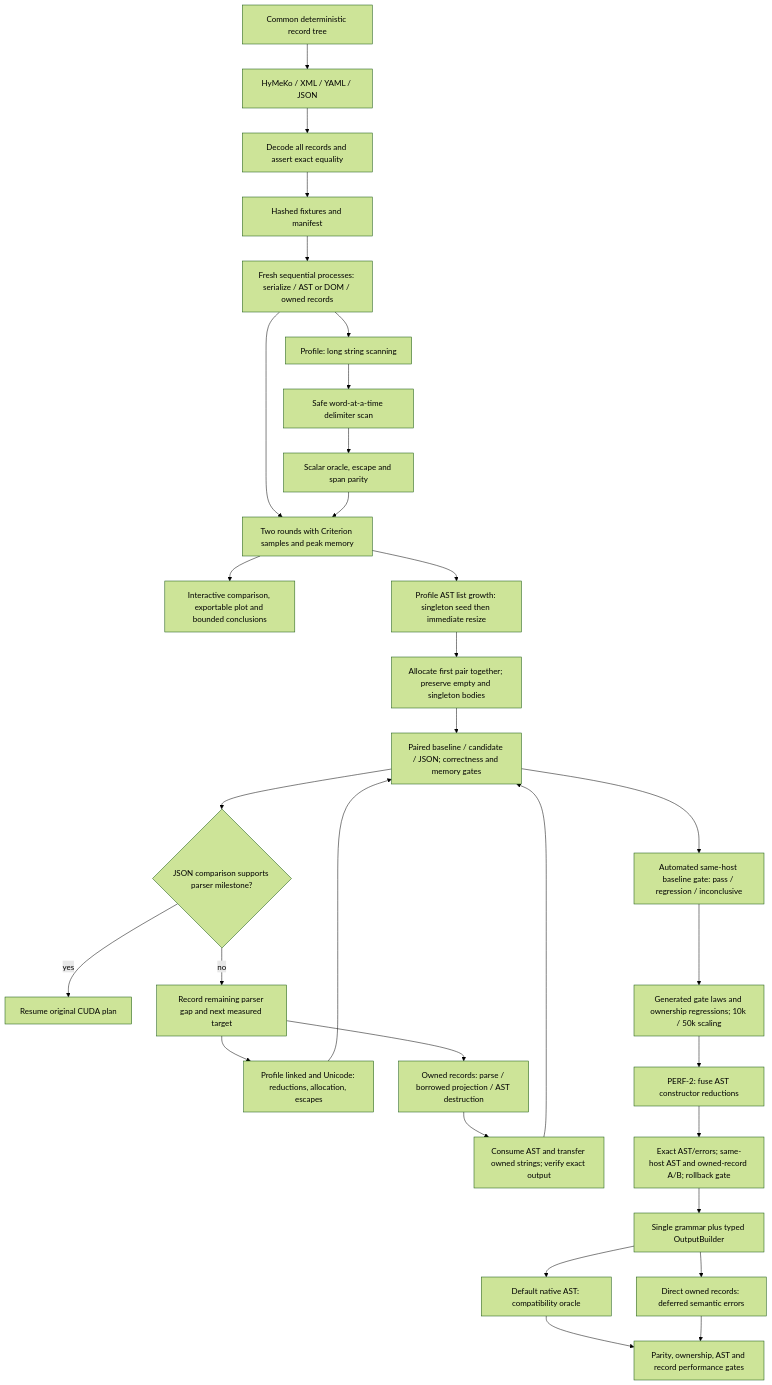
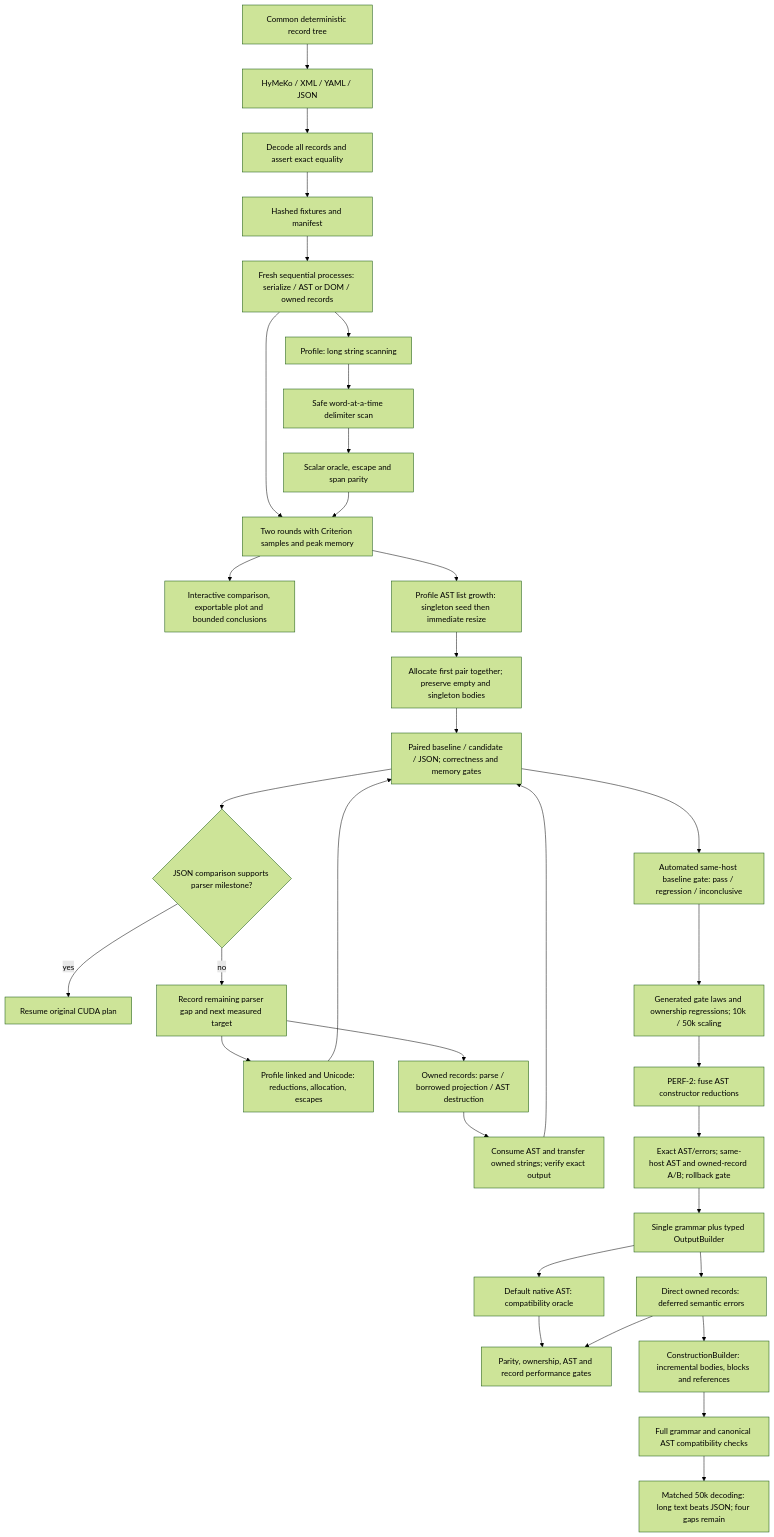
The diagram in docs/plans/2026-09-07-format-comparison/plan.mmd (hymeko-framework/parser), drawn with Mermaid (forest theme) before and after one commit. The commit also changed 9 other files, not shown here.

Commit message:
perf(parser): add incremental construction for owned records

```diff
--- a/docs/plans/2026-09-07-format-comparison/plan.mmd
+++ b/docs/plans/2026-09-07-format-comparison/plan.mmd
@@ -1,36 +1,40 @@
 flowchart TD
     G[Common deterministic record tree] --> S[HyMeKo / XML / YAML / JSON]
     S --> V[Decode all records and assert exact equality]
     V --> F[Hashed fixtures and manifest]
     F --> P[Fresh sequential processes: serialize / AST or DOM / owned records]
     P --> R[Two rounds with Criterion samples and peak memory]
     R --> C[Interactive comparison, exportable plot and bounded conclusions]
 
 %% 2026-09-08 continuation: native AST CPU profile -> one hotspot -> parity tests -> fixed-affinity A/B
 
     P --> L[Profile: long string scanning]
     L --> W[Safe word-at-a-time delimiter scan]
     W --> T[Scalar oracle, escape and span parity]
     T --> R
     R --> A[Profile AST list growth: singleton seed then immediate resize]
     A --> B[Allocate first pair together; preserve empty and singleton bodies]
     B --> J[Paired baseline / candidate / JSON; correctness and memory gates]
     J --> K{JSON comparison supports parser milestone?}
     K -->|yes| U[Resume original CUDA plan]
     K -->|no| N[Record remaining parser gap and next measured target]
     N --> H[Profile linked and Unicode: reductions, allocation, escapes]
     H --> J
     N --> O[Owned records: parse / borrowed projection / AST destruction]
     O --> M[Consume AST and transfer owned strings; verify exact output]
     M --> J
     J --> Q[Automated same-host baseline gate: pass / regression / inconclusive]
     Q --> V2[Generated gate laws and ownership regressions; 10k / 50k scaling]
 
     V2 --> F2[PERF-2: fuse AST constructor reductions]
     F2 --> G2[Exact AST/errors; same-host AST and owned-record A/B; rollback gate]
 
     G2 --> B2[Single grammar plus typed OutputBuilder]
     B2 --> A2[Default native AST: compatibility oracle]
     B2 --> D2[Direct owned records: deferred semantic errors]
     A2 --> X2[Parity, ownership, AST and record performance gates]
     D2 --> X2
+
+    D2 --> C3[ConstructionBuilder: incremental bodies, blocks and references]
+    C3 --> R3[Full grammar and canonical AST compatibility checks]
+    R3 --> J3[Matched 50k decoding: long text beats JSON; four gaps remain]
```
